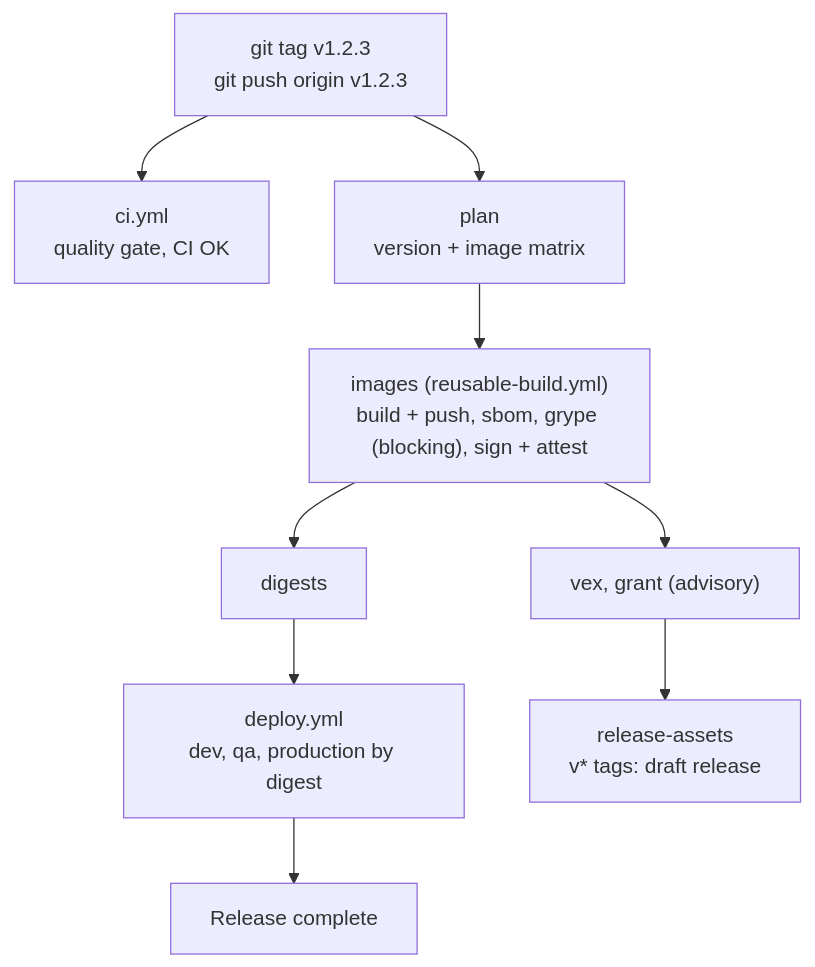
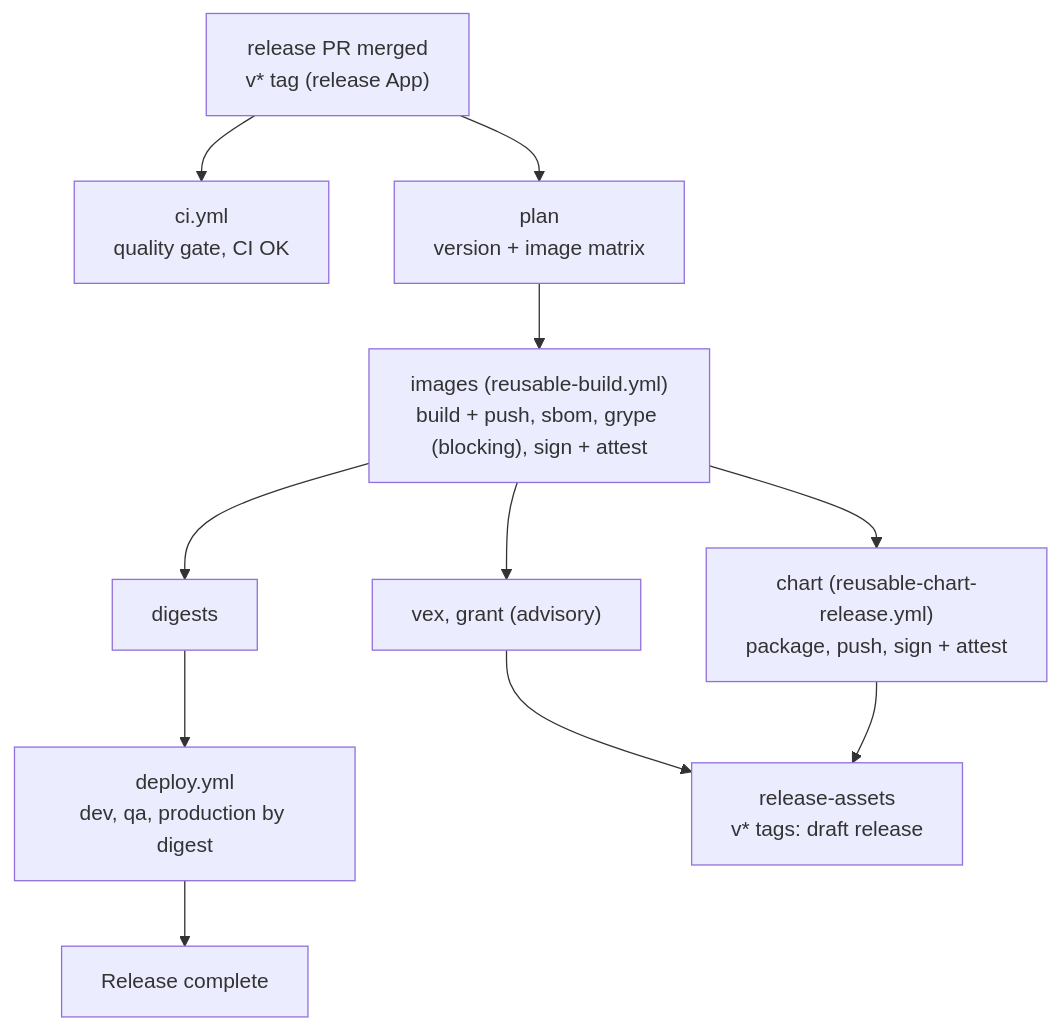
The second of 2 diagrams in wiki/releasing.md (berserkhmdvhb/fullstack_template), drawn with Mermaid before and after one commit. The commit also changed other lines of this file and 3 other files, not shown here.

First line of the commit message:
docs(release): describe the App-made tag, pre-releases and the upgrade steps

````diff
--- a/wiki/releasing.md
+++ b/wiki/releasing.md
@@ -67,11 +68,13 @@
 ```mermaid
 flowchart TB
-    Tag["git tag v1.2.3<br/>git push origin v1.2.3"] --> CI["ci.yml<br/>quality gate, CI OK"]
+    Tag["release PR merged<br/>v* tag (release App)"] --> CI["ci.yml<br/>quality gate, CI OK"]
     Tag --> Plan["plan<br/>version + image matrix"]
     Plan --> Img["images (reusable-build.yml)<br/>build + push, sbom, grype (blocking), sign + attest"]
     Img --> Dig["digests"]
     Dig --> Deploy["deploy.yml<br/>dev, qa, production by digest"]
     Img --> Vex["vex, grant (advisory)"]
+    Img --> Chart["chart (reusable-chart-release.yml)<br/>package, push, sign + attest"]
     Vex --> Assets["release-assets<br/>v* tags: draft release"]
+    Chart --> Assets
     Deploy --> Done["Release complete"]
 ```
````
